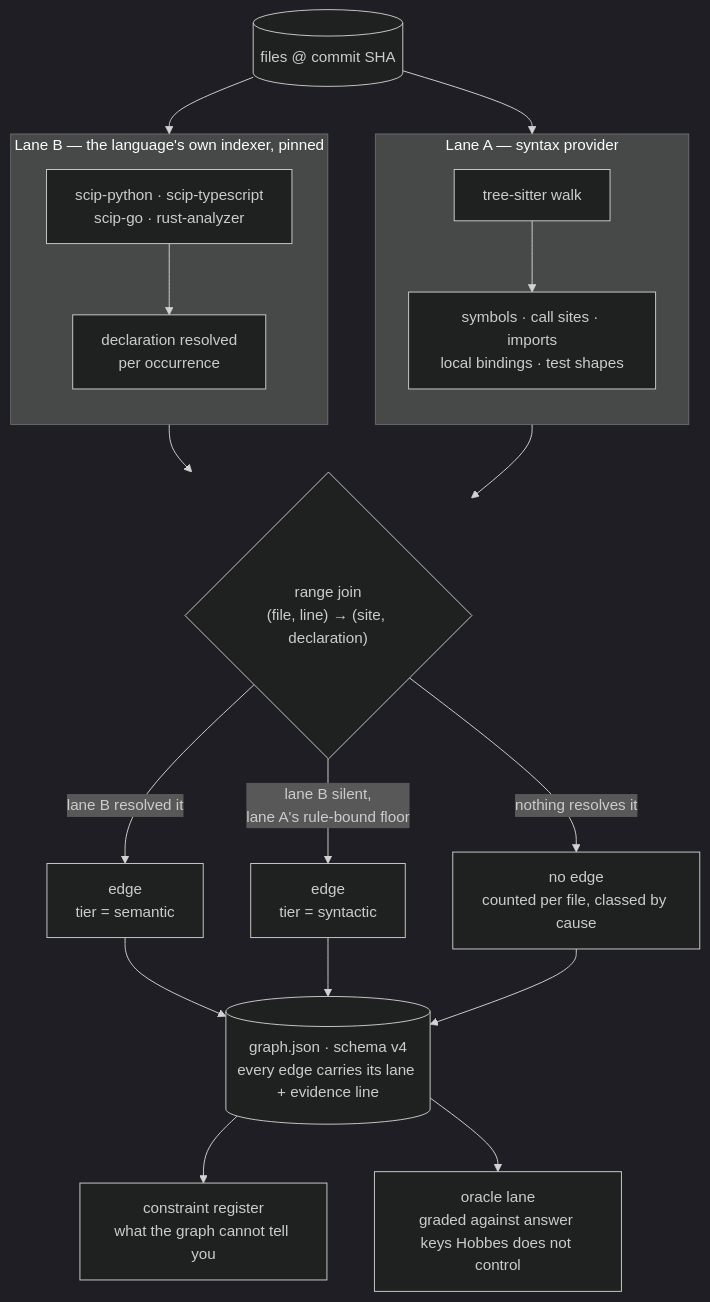
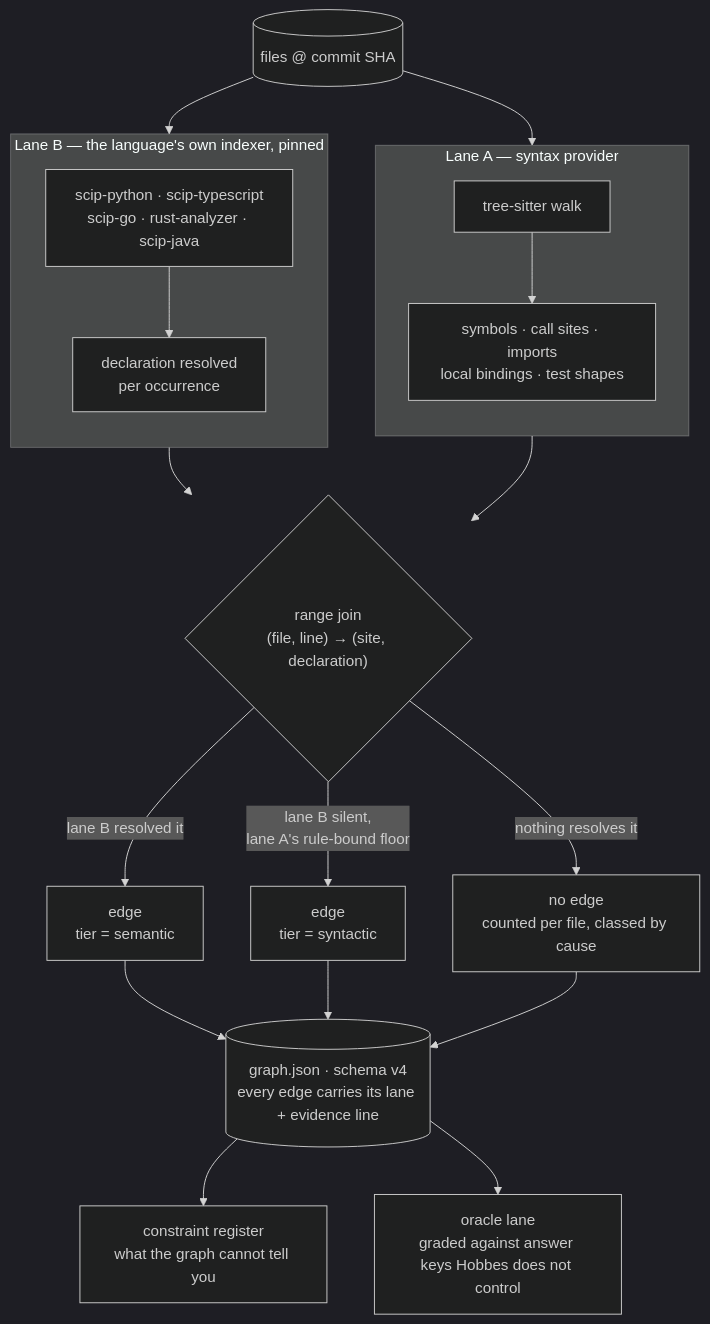
Before and after one commit to majax7714/Hobbes: the second of 3 diagrams in README.md, drawn with Mermaid (dark theme). The commit also changed other lines of this file and 5 other files, not shown here.

First line of the commit message:
docs: README caught up to Java, containment and the register; hypotheses header, architecture §8 rows, workstreams sequencing

````diff
--- a/README.md
+++ b/README.md
@@ -107,26 +108,26 @@
 ```mermaid
 flowchart TB
   F[("files @ commit SHA")]
   F --> TS
   F --> SCIP
   subgraph A["Lane A — syntax provider"]
     direction TB
     TS[tree-sitter walk] --> S1["symbols · call sites · imports<br/>local bindings · test shapes"]
   end
   subgraph B["Lane B — the language's own indexer, pinned"]
     direction TB
-    SCIP["scip-python · scip-typescript<br/>scip-go · rust-analyzer"] --> S2["declaration resolved<br/>per occurrence"]
+    SCIP["scip-python · scip-typescript<br/>scip-go · rust-analyzer · scip-java"] --> S2["declaration resolved<br/>per occurrence"]
   end
   S1 --> J
   S2 --> J
   J{"range join<br/>(file, line) → (site, declaration)"}
   J -->|"lane B resolved it"| SEM["edge<br/>tier = semantic"]
   J -->|"lane B silent,<br/>lane A's rule-bound floor"| SYN["edge<br/>tier = syntactic"]
   J -->|"nothing resolves it"| TAIL["no edge<br/>counted per file, classed by cause"]
   SEM --> G
   SYN --> G
   TAIL --> G
   G[("graph.json · schema v4<br/>every edge carries its lane + evidence line")]
   G --> REG["constraint register<br/>what the graph cannot tell you"]
   G --> ORA["oracle lane<br/>graded against answer keys Hobbes does not control"]
 ```
````
